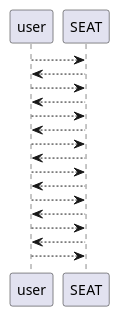
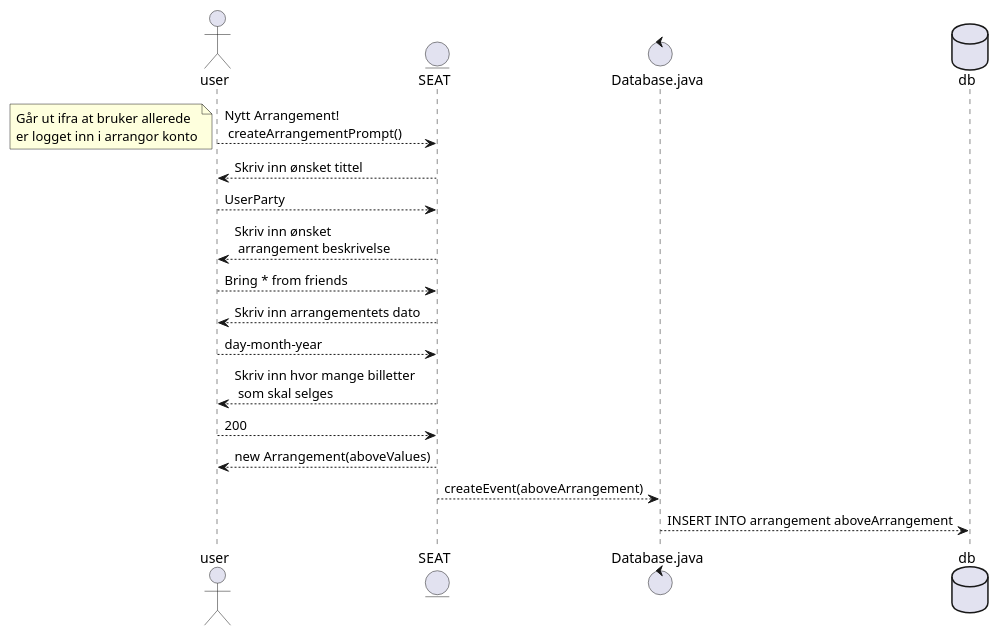
The diagram in UML/Sequence/005ArrangementMåKunneLages.puml (EmilyHBH/seat_gruppe19), drawn with PlantUML before and after one commit. The commit also changed 2 other files, not shown here.

```diff
--- a/UML/Sequence/005ArrangementMåKunneLages.puml
+++ b/UML/Sequence/005ArrangementMåKunneLages.puml
@@ -1,19 +1,24 @@
 @startuml
 
+actor user
+entity SEAT
+control Database.java as data
+database db
 
-user --> SEAT:
-user <-- SEAT:
-user --> SEAT:
-user <-- SEAT:
-user --> SEAT:
-user <-- SEAT:
-user --> SEAT:
-user <-- SEAT:
-user --> SEAT:
-user <-- SEAT:
-user --> SEAT:
-user <-- SEAT:
-user --> SEAT:
-user <-- SEAT:
-user --> SEAT:
+user --> SEAT: Nytt Arrangement! \n createArrangementPrompt()
+note left
+	Går ut ifra at bruker allerede
+	er logget inn i arrangor konto
+end note
+user <-- SEAT: Skriv inn ønsket tittel
+user --> SEAT: UserParty
+user <-- SEAT: Skriv inn ønsket \n arrangement beskrivelse
+user --> SEAT: Bring * from friends
+user <-- SEAT: Skriv inn arrangementets dato
+user --> SEAT: day-month-year
+user <-- SEAT: Skriv inn hvor mange billetter \n som skal selges
+user --> SEAT: 200
+user <-- SEAT: new Arrangement(aboveValues)
+SEAT --> data: createEvent(aboveArrangement)
+data --> db: INSERT INTO arrangement aboveArrangement
 @enduml
```
